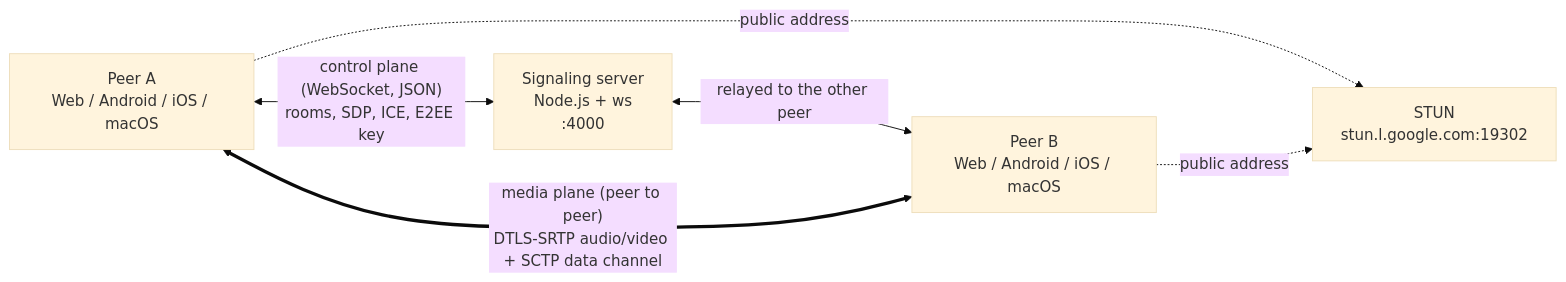
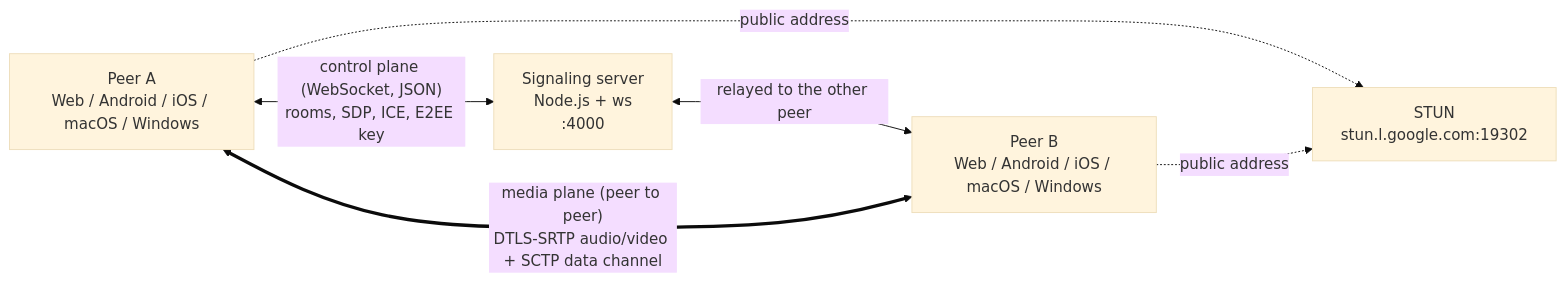
The first of 26 diagrams in ARCHITECTURE.md (maitrungduc1410/WebRTC-Demo), drawn with Mermaid (base theme) before and after one commit. The commit also changed other lines of this file and 130 other files, not shown here.

````diff
--- a/ARCHITECTURE.md
+++ b/ARCHITECTURE.md
@@ -27,13 +28,13 @@
 ```mermaid
 flowchart LR
-    A["Peer A<br/>Web / Android / iOS / macOS"]
+    A["Peer A<br/>Web / Android / iOS / macOS / Windows"]
     S["Signaling server<br/>Node.js + ws<br/>:4000"]
-    B["Peer B<br/>Web / Android / iOS / macOS"]
+    B["Peer B<br/>Web / Android / iOS / macOS / Windows"]
     STUN["STUN<br/>stun.l.google.com:19302"]
 
     A <-- "control plane (WebSocket, JSON)<br/>rooms, SDP, ICE, E2EE key" --> S
     S <-- "relayed to the other peer" --> B
     A <== "media plane (peer to peer)<br/>DTLS-SRTP audio/video + SCTP data channel" ==> B
     A -. "public address" .-> STUN
     B -. "public address" .-> STUN
 ```
````
